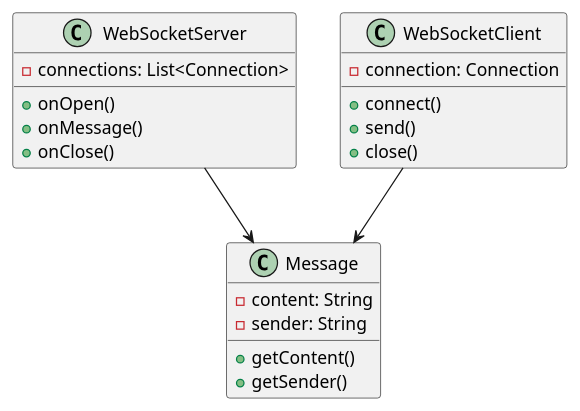
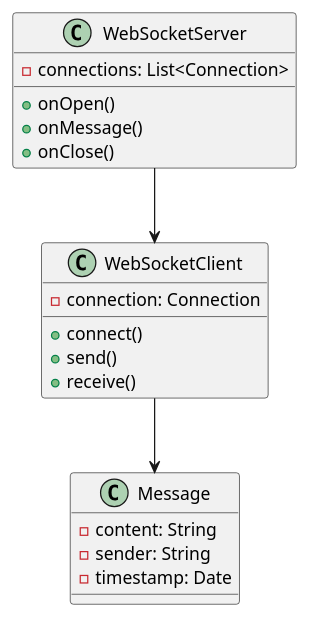
The first of 3 diagrams in doc/learning/lib/spring_websocket_tutorial.md (fine5351/info-sync), drawn with PlantUML before and after one commit. The commit also changed other lines of this file and 4 other files, not shown here.

````diff
--- a/doc/learning/lib/spring_websocket_tutorial.md
+++ b/doc/learning/lib/spring_websocket_tutorial.md
@@ -12,27 +12,26 @@
 ```plantuml
 @startuml
 class WebSocketServer {
     - connections: List<Connection>
     + onOpen()
     + onMessage()
     + onClose()
 }
 
 class WebSocketClient {
     - connection: Connection
     + connect()
     + send()
-    + close()
+    + receive()
 }
 
 class Message {
     - content: String
     - sender: String
-    + getContent()
-    + getSender()
+    - timestamp: Date
 }
 
-WebSocketServer --> Message
+WebSocketServer --> WebSocketClient
 WebSocketClient --> Message
 @enduml
 ```
````
